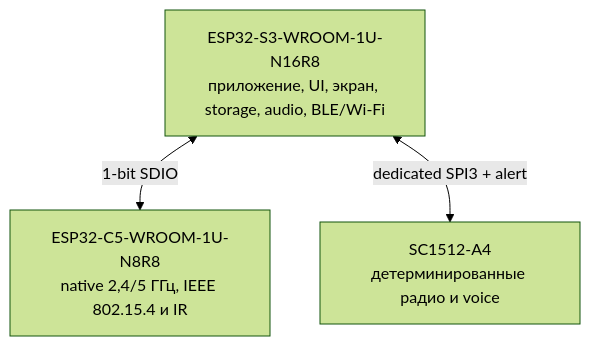
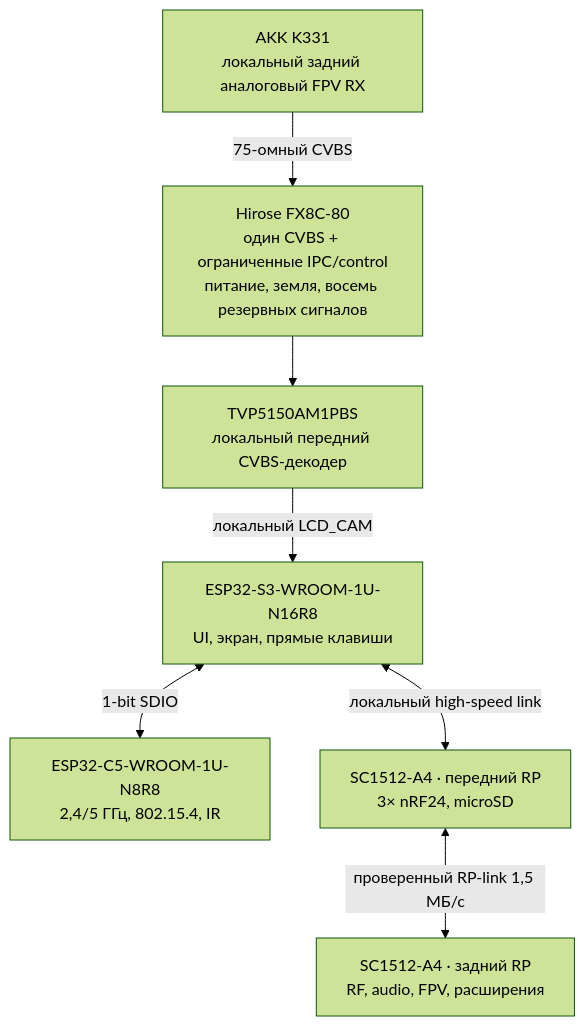
Before and after one commit to anton-vinogradov/esp32-leshy2: the diagram in docs/schematics.ru.md, drawn with Mermaid (forest theme). The commit also changed other lines of this file and 41 other files, not shown here.

````diff
--- a/docs/schematics.ru.md
+++ b/docs/schematics.ru.md
@@ -73,8 +24,17 @@
 ```mermaid
 flowchart TD
-S3["ESP32-S3-WROOM-1U-N16R8<br/>приложение, UI, экран, storage, audio, BLE/Wi-Fi"]
-C5["ESP32-C5-WROOM-1U-N8R8<br/>native 2,4/5 ГГц, IEEE 802.15.4 и IR"]
-RP["SC1512-A4<br/>детерминированные радио и voice"]
+  S3["ESP32-S3-WROOM-1U-N16R8<br/>UI, экран, прямые клавиши"]
+  C5["ESP32-C5-WROOM-1U-N8R8<br/>2,4/5 ГГц, 802.15.4, IR"]
+  FRP["SC1512-A4 · передний RP<br/>3× nRF24, microSD"]
+  RRP["SC1512-A4 · задний RP<br/>RF, audio, FPV, расширения"]
+  TVP["TVP5150AM1PBS<br/>локальный передний CVBS-декодер"]
+  K331["AKK K331<br/>локальный задний аналоговый FPV RX"]
+  M1["Hirose FX8C-80<br/>один CVBS + ограниченные IPC/control<br/>питание, земля, восемь резервных сигналов"]
+
   S3 <-->|"1-bit SDIO"| C5
-  S3 <-->|"dedicated SPI3 + alert"| RP
+  S3 <-->|"локальный high-speed link"| FRP
+  FRP <-->|"проверенный RP-link 1,5 МБ/с"| RRP
+  K331 -->|"75-омный CVBS"| M1
+  M1 --> TVP
+  TVP -->|"локальный LCD_CAM"| S3
 ```
````
